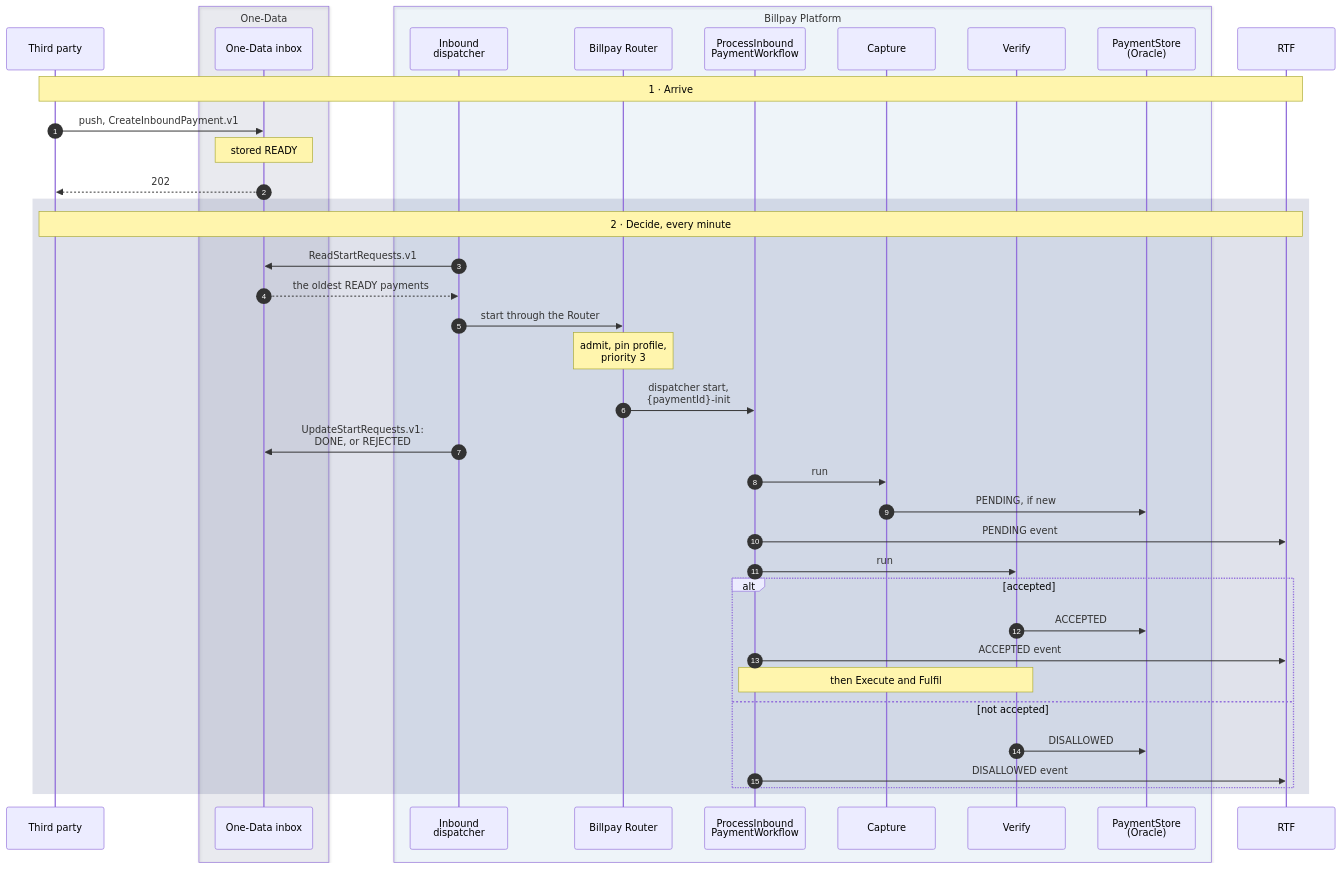
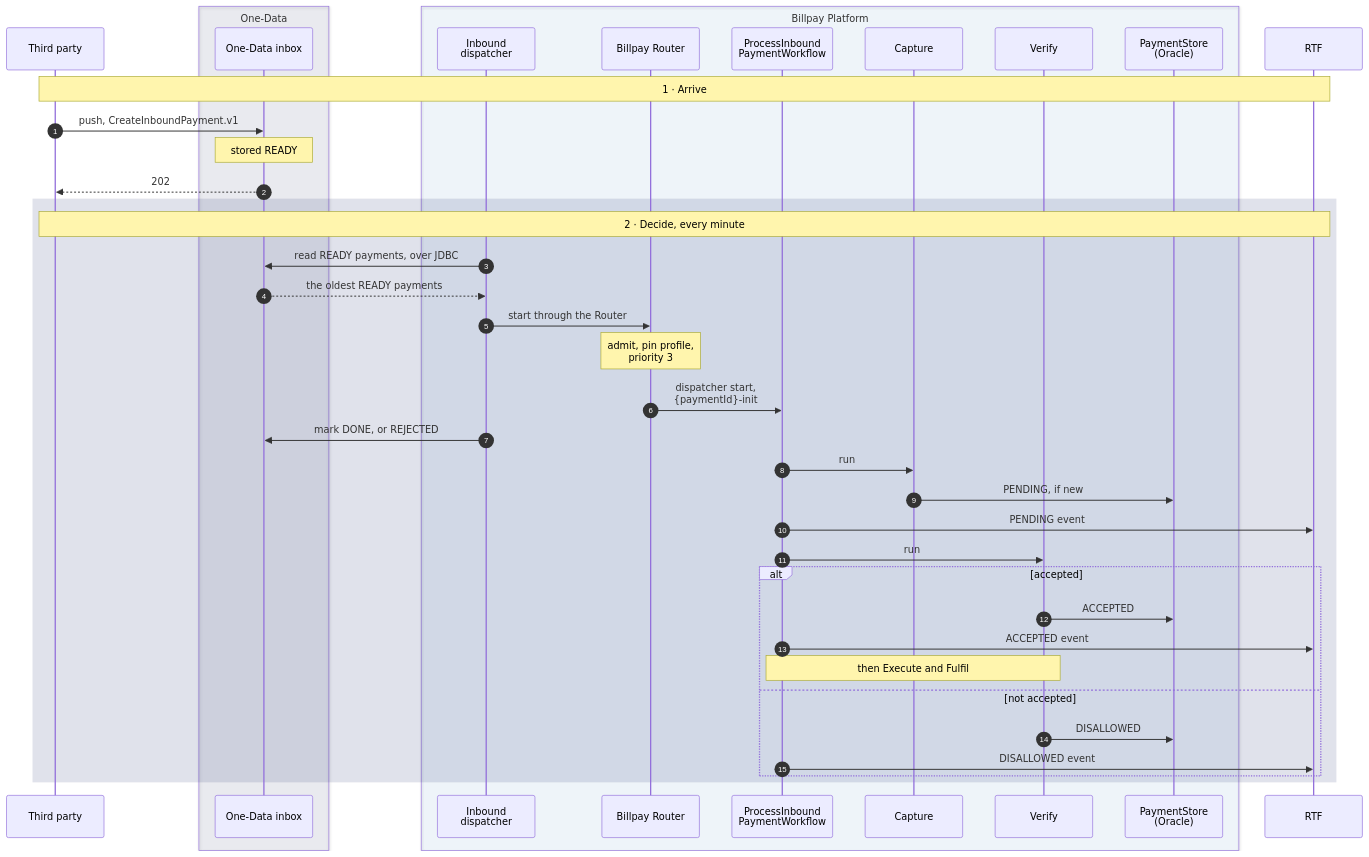
The ninth of 16 diagrams in website/docs/design/sequence-diagrams.md (arunav-bhattacharya/billpay-book), drawn with Mermaid before and after one commit. The commit also changed other lines of this file and 41 other files, not shown here.

````diff
--- a/website/docs/design/sequence-diagrams.md
+++ b/website/docs/design/sequence-diagrams.md
@@ -500,55 +500,55 @@
 ```mermaid
 ---
 config:
   fontFamily: "BentonSansUI, Helvetica, Arial, sans-serif"
   fontSize: 15
 ---
 sequenceDiagram
   %% Pink arrows: something outside starts or resumes the payment.
   %% trigger: dispatcher start
   autonumber
 
   participant TP as Third party
 
   box rgba(0,23,90,0.07) One-Data
     participant IN as One-Data inbox
   end
 
   box rgba(0,111,207,0.05) Billpay Platform
     participant ID as Inbound<br/>dispatcher
     participant R as Billpay Router
     participant WF as ProcessInbound<br/>PaymentWorkflow
     participant CAP as Capture
     participant VER as Verify
     participant PS as PaymentStore<br/>(Oracle)
   end
 
   participant RTF
 
   Note over TP,RTF: 1 · Arrive
   TP->>IN: push, CreateInboundPayment.v1
   Note over IN: stored READY
   IN-->>TP: 202
 
   rect rgba(0,23,90,0.12)
     Note over TP,RTF: 2 · Decide, every minute
-    ID->>IN: ReadStartRequests.v1
+    ID->>IN: read READY payments, over JDBC
     IN-->>ID: the oldest READY payments
     ID->>R: start through the Router
     Note over R: admit, pin profile,<br/>priority 3
     R->>WF: dispatcher start,<br/>{paymentId}-init
-    ID->>IN: UpdateStartRequests.v1:<br/>DONE, or REJECTED
+    ID->>IN: mark DONE, or REJECTED
     WF->>CAP: run
     CAP->>PS: PENDING, if new
     WF->>RTF: PENDING event
     WF->>VER: run
     alt accepted
       VER->>PS: ACCEPTED
       WF->>RTF: ACCEPTED event
       Note over WF,VER: then Execute and Fulfil
     else not accepted
       VER->>PS: DISALLOWED
       WF->>RTF: DISALLOWED event
     end
   end
 ```
````
